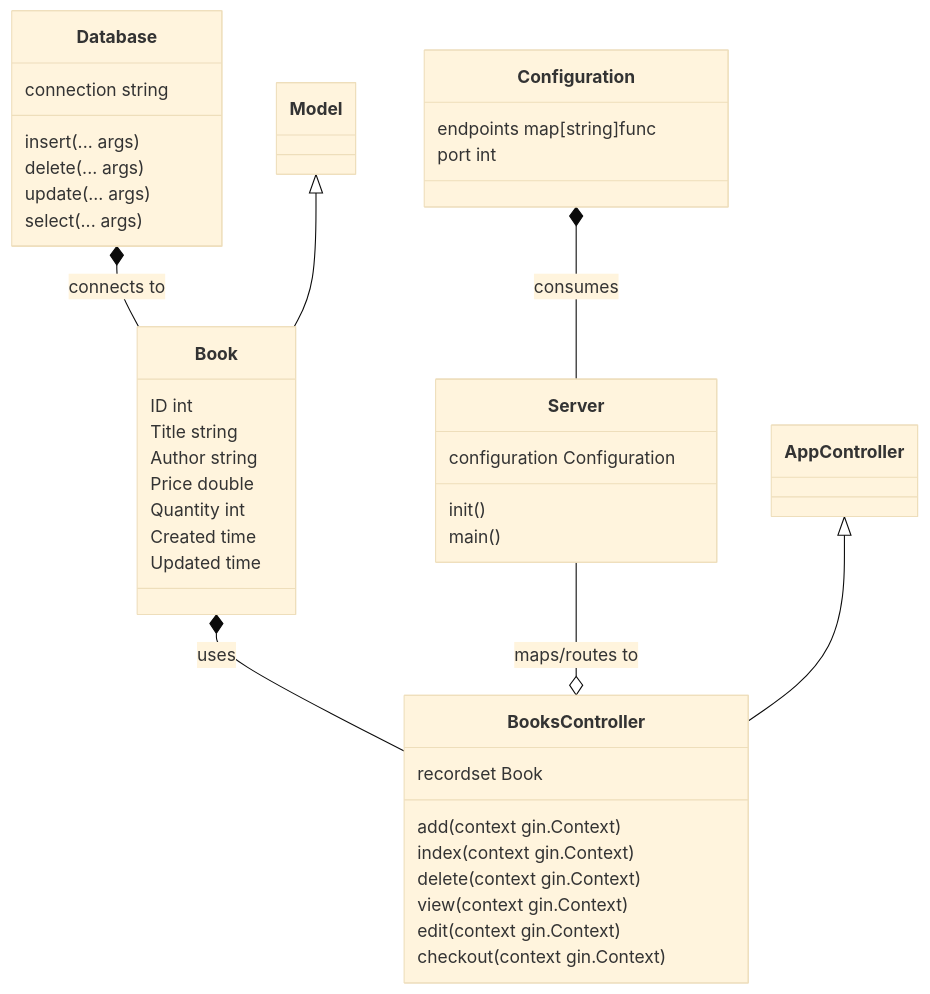
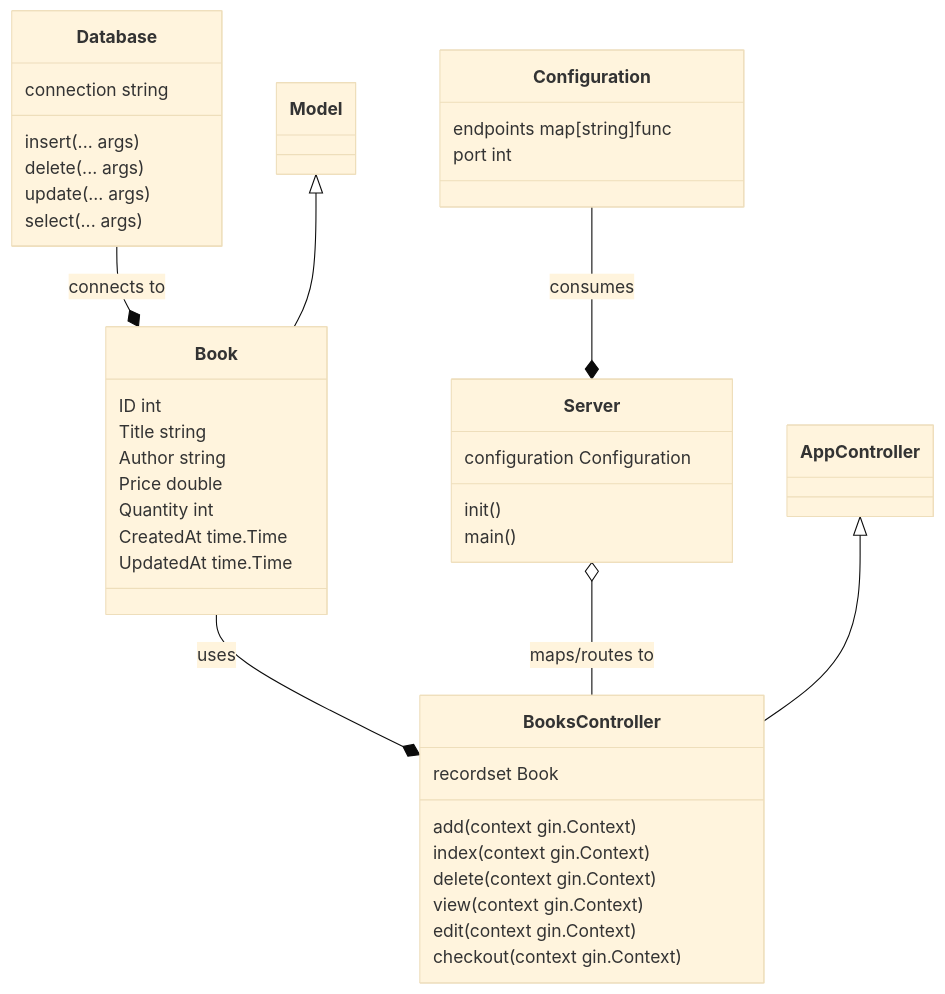
One commit to zatarain/bookshop changed the diagram in README.md. Above: the diagram before and after it, drawn with Mermaid (base theme). The commit also changed other lines of this file and 19 other files, not shown here.

First line of the commit message:
BOOK-004: Database connection (#7)

````diff
--- a/README.md
+++ b/README.md
@@ -29,50 +31,49 @@
 ```mermaid
 classDiagram
 
 class Book {
 	ID int
 	Title string
 	Author string
 	Price double
 	Quantity int
-	Created time
-	Updated time
+	CreatedAt time.Time
+	UpdatedAt time.Time
 }
 
 class BooksController {
 	recordset Book
 	add(context gin.Context)
 	index(context gin.Context)
 	delete(context gin.Context)
 	view(context gin.Context)
 	edit(context gin.Context)
 	checkout(context gin.Context)
 }
 
 class Configuration {
 	endpoints map[string]func
 	port int
 }
 
 class Database {
 	connection string
 	insert(... args)
 	delete(... args)
 	update(... args)
 	select(... args)
 }
 
 class Server {
 	configuration Configuration
 	init()
 	main()
 }
 
-Book *-- BooksController : uses
-Database *-- Book: connects to
-Configuration *-- Server: consumes
-Server --o BooksController: maps/routes to
+Book --* BooksController : uses
+Database --* Book: connects to
+Configuration --* Server: consumes
+Server o-- BooksController: maps/routes to
 AppController <|-- BooksController
 Model <|-- Book
-
 ```
````
